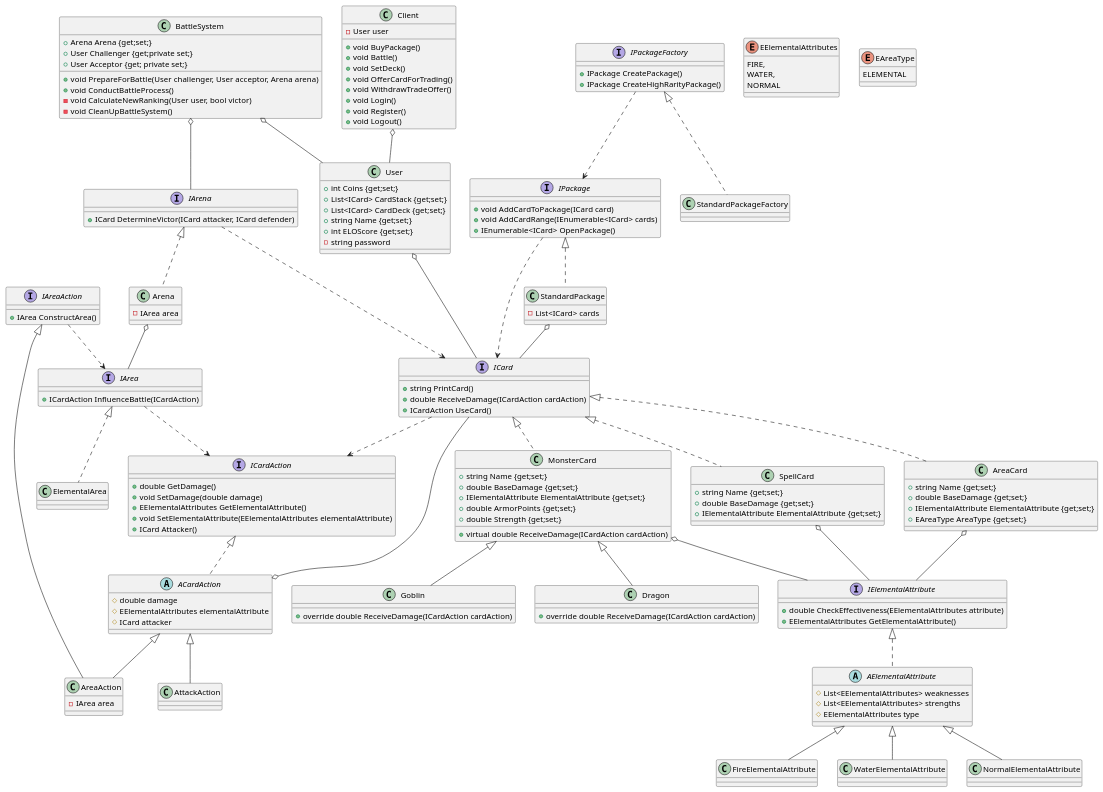
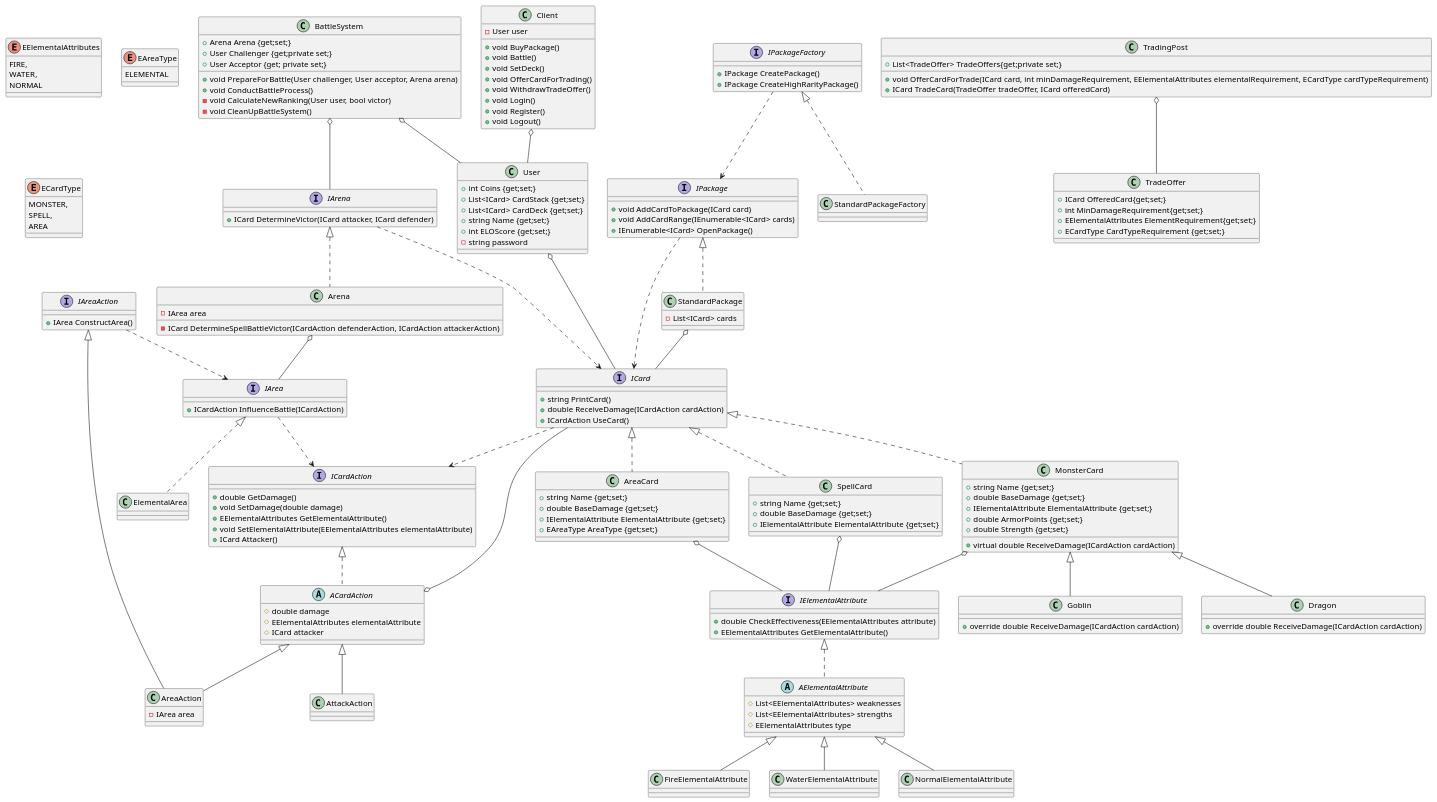
The diagram in mtcg.wsd (kretmatt/SWE1-MTCG), drawn with PlantUML before and after one commit. The commit also changed 1 other file, not shown here.

Commit message:
Update class diagram

```diff
--- a/mtcg.wsd
+++ b/mtcg.wsd
@@ -1,176 +1,198 @@
 @startuml
 
 interface ICard{
     + string PrintCard()
     + double ReceiveDamage(ICardAction cardAction)
     + ICardAction UseCard()
 }
 
 ICard ..> ICardAction
 
 
 class AreaCard implements ICard{
     + string Name {get;set;}
     + double BaseDamage {get;set;}
     + IElementalAttribute ElementalAttribute {get;set;}
     + EAreaType AreaType {get;set;}
 }
 
 AreaCard o-- IElementalAttribute
 
 class MonsterCard implements ICard{
     + string Name {get;set;}
     + double BaseDamage {get;set;}
     + IElementalAttribute ElementalAttribute {get;set;}
     + double ArmorPoints {get;set;}
     + double Strength {get;set;}
 
     + virtual double ReceiveDamage(ICardAction cardAction)
 }
 
 MonsterCard o-- IElementalAttribute
 
 class Goblin extends MonsterCard{
     + override double ReceiveDamage(ICardAction cardAction)
 }
 class Dragon extends MonsterCard{
     + override double ReceiveDamage(ICardAction cardAction)
 }
 
 class SpellCard implements ICard{
     + string Name {get;set;}
     + double BaseDamage {get;set;}
     + IElementalAttribute ElementalAttribute {get;set;}
 }
 
 SpellCard o-- IElementalAttribute
 
 interface IArena{
     + ICard DetermineVictor(ICard attacker, ICard defender)
 }
 
 IArena ..> ICard
 
 class Arena implements IArena{
     - IArea area
+    - ICard DetermineSpellBattleVictor(ICardAction defenderAction, ICardAction attackerAction)
 }
 
 Arena o-- IArea
 
 enum EElementalAttributes{
     FIRE,
     WATER,
     NORMAL
 }
 
 interface IElementalAttribute{
     + double CheckEffectiveness(EElementalAttributes attribute)
     + EElementalAttributes GetElementalAttribute()
 }
 
 abstract class AElementalAttribute implements IElementalAttribute{
     # List<EElementalAttributes> weaknesses
     # List<EElementalAttributes> strengths
     # EElementalAttributes type
 }
 class FireElementalAttribute extends AElementalAttribute{
 }
 class WaterElementalAttribute extends AElementalAttribute{
 }
 class NormalElementalAttribute extends AElementalAttribute{
 }
 
 
 interface IPackageFactory{
     + IPackage CreatePackage()
     + IPackage CreateHighRarityPackage()
 }
 IPackageFactory ..> IPackage
 class StandardPackageFactory implements IPackageFactory{
 }
 interface IPackage{
     + void AddCardToPackage(ICard card)
     + void AddCardRange(IEnumerable<ICard> cards)
     + IEnumerable<ICard> OpenPackage()
 }
 IPackage ..> ICard
 class StandardPackage implements IPackage{
     - List<ICard> cards
 }
 StandardPackage o-- ICard
 
 class User{
     + int Coins {get;set;}
     + List<ICard> CardStack {get;set;}
     + List<ICard> CardDeck {get;set;}
     + string Name {get;set;}
     + int ELOScore {get;set;}
     - string password
 }
 User o-- ICard
 
 class Client{
     - User user
 
     + void BuyPackage()
     + void Battle()
     + void SetDeck()
     + void OfferCardForTrading()
     + void WithdrawTradeOffer()
     + void Login()
     + void Register()
     + void Logout()
 }
 
 Client o-- User
 class BattleSystem{
     + Arena Arena {get;set;}
     + User Challenger {get;private set;}
     + User Acceptor {get; private set;}
 
     + void PrepareForBattle(User challenger, User acceptor, Arena arena)
     + void ConductBattleProcess()
     - void CalculateNewRanking(User user, bool victor)
     - void CleanUpBattleSystem()
 }
 BattleSystem o-- User
 BattleSystem o-- IArena
 interface ICardAction{
     + double GetDamage()
     + void SetDamage(double damage)
     + EElementalAttributes GetElementalAttribute()
     + void SetElementalAttribute(EElementalAttributes elementalAttribute)
     + ICard Attacker()
 }
 abstract class ACardAction implements ICardAction{
     # double damage
     # EElementalAttributes elementalAttribute
     # ICard attacker
 }
 ACardAction o-- ICard
 
 class AttackAction extends ACardAction{
 
 }
 
 interface IAreaAction{
     + IArea ConstructArea()
 }
 IAreaAction ..> IArea
 class AreaAction extends ACardAction, IAreaAction{
     - IArea area
 }
 
 enum EAreaType{
     ELEMENTAL
 }
 
 interface IArea{
     + ICardAction InfluenceBattle(ICardAction)
 }
 IArea ..> ICardAction
 class ElementalArea implements IArea{
 
 }
 
+enum ECardType{
+    MONSTER,
+    SPELL,
+    AREA
+}
+
+class TradeOffer{
+    + ICard OfferedCard{get;set;}
+    + int MinDamageRequirement{get;set;}
+    + EElementalAttributes ElementRequirement{get;set;}
+    + ECardType CardTypeRequirement {get;set;}
+
+}
+
+class TradingPost{
+    + List<TradeOffer> TradeOffers{get;private set;}
+    + void OfferCardForTrade(ICard card, int minDamageRequirement, EElementalAttributes elementalRequirement, ECardType cardTypeRequirement)
+    + ICard TradeCard(TradeOffer tradeOffer, ICard offeredCard)
+}
+
+TradingPost o-- TradeOffer
 @enduml
```
